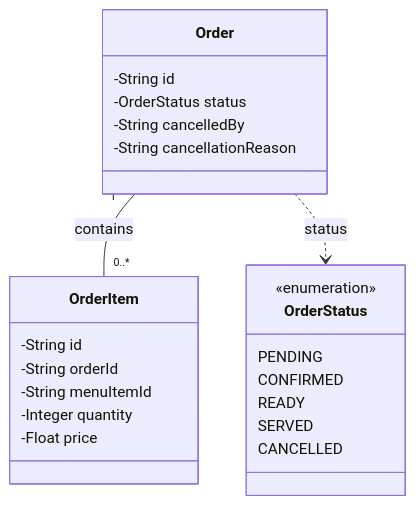
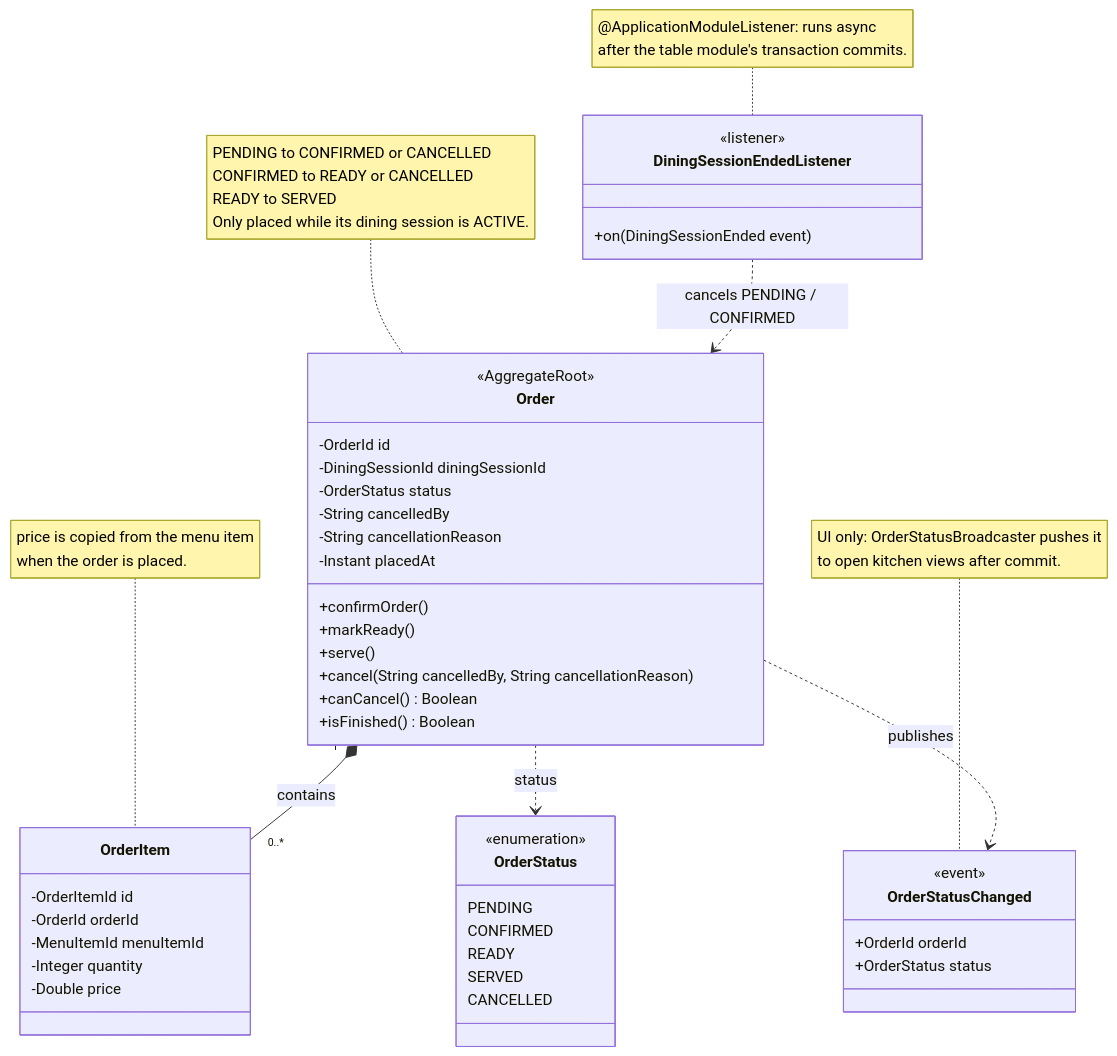
One commit to zawnaylin/gisma-advance-programming-assessment changed the diagram in docs/order.mmd. Above: the diagram before and after it, drawn with Mermaid. The commit also changed 173 other files, not shown here.

```diff
--- a/docs/order.mmd
+++ b/docs/order.mmd
@@ -1,23 +1,47 @@
 classDiagram
     class Order
-    Order: -String id
+    <<AggregateRoot>> Order
+    Order: -OrderId id
+    Order: -DiningSessionId diningSessionId
     Order: -OrderStatus status
     Order: -String cancelledBy
     Order: -String cancellationReason
-    Order "1" -- "0..*" OrderItem: contains
+    Order: -Instant placedAt
+    Order: +confirmOrder()
+    Order: +markReady()
+    Order: +serve()
+    Order: +cancel(String cancelledBy, String cancellationReason)
+    Order: +canCancel() Boolean
+    Order: +isFinished() Boolean
+    Order "1" *-- "0..*" OrderItem: contains
     Order ..> OrderStatus: status
+    Order ..> OrderStatusChanged: publishes
+    note for Order "PENDING to CONFIRMED or CANCELLED<br>CONFIRMED to READY or CANCELLED<br>READY to SERVED<br>Only placed while its dining session is ACTIVE."
 
     class OrderStatus
     <<enumeration>> OrderStatus
     OrderStatus: PENDING
     OrderStatus: CONFIRMED
     OrderStatus: READY
     OrderStatus: SERVED
     OrderStatus: CANCELLED
 
     class OrderItem
-    OrderItem: -String id
-    OrderItem: -String orderId
-    OrderItem: -String menuItemId
+    OrderItem: -OrderItemId id
+    OrderItem: -OrderId orderId
+    OrderItem: -MenuItemId menuItemId
     OrderItem: -Integer quantity
-    OrderItem: -Float price
+    OrderItem: -Double price
+    note for OrderItem "price is copied from the menu item<br>when the order is placed."
+
+    class OrderStatusChanged
+    <<event>> OrderStatusChanged
+    OrderStatusChanged: +OrderId orderId
+    OrderStatusChanged: +OrderStatus status
+    note for OrderStatusChanged "UI only: OrderStatusBroadcaster pushes it<br>to open kitchen views after commit."
+
+    class DiningSessionEndedListener
+    <<listener>> DiningSessionEndedListener
+    DiningSessionEndedListener: +on(DiningSessionEnded event)
+    DiningSessionEndedListener ..> Order: cancels PENDING / CONFIRMED
+    note for DiningSessionEndedListener "@ApplicationModuleListener: runs async<br>after the table module's transaction commits."
```
